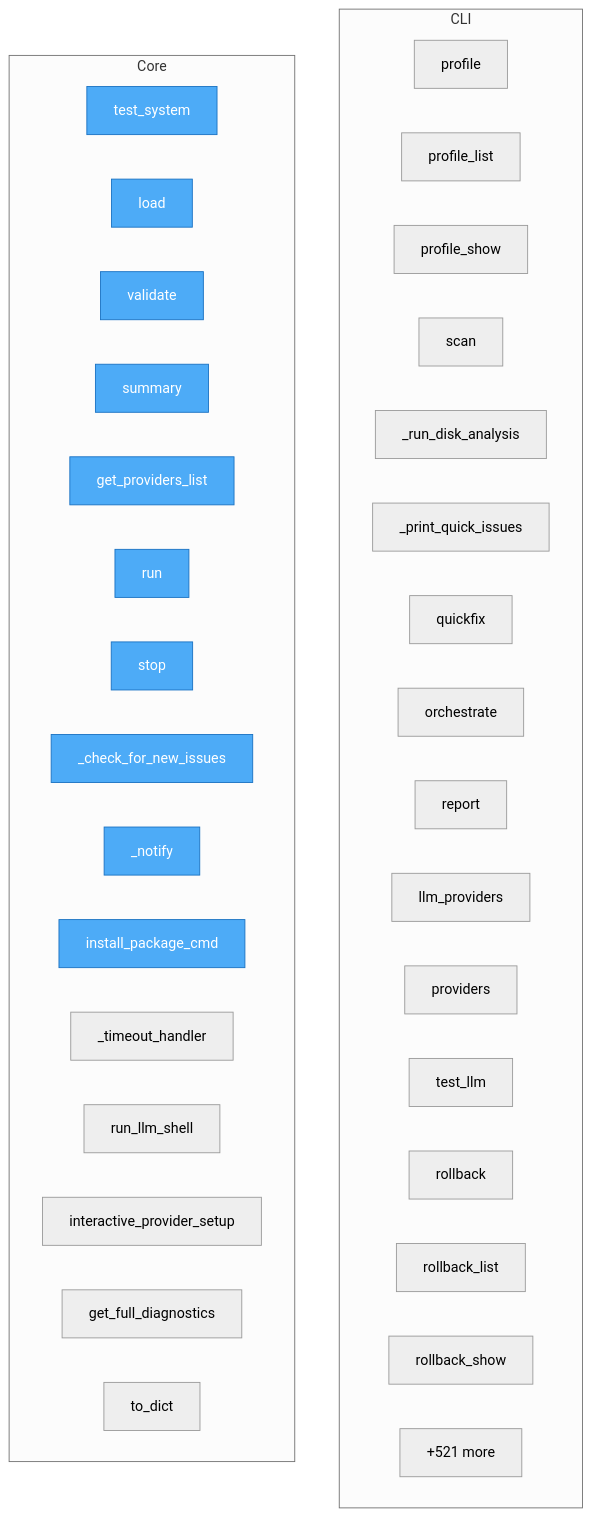
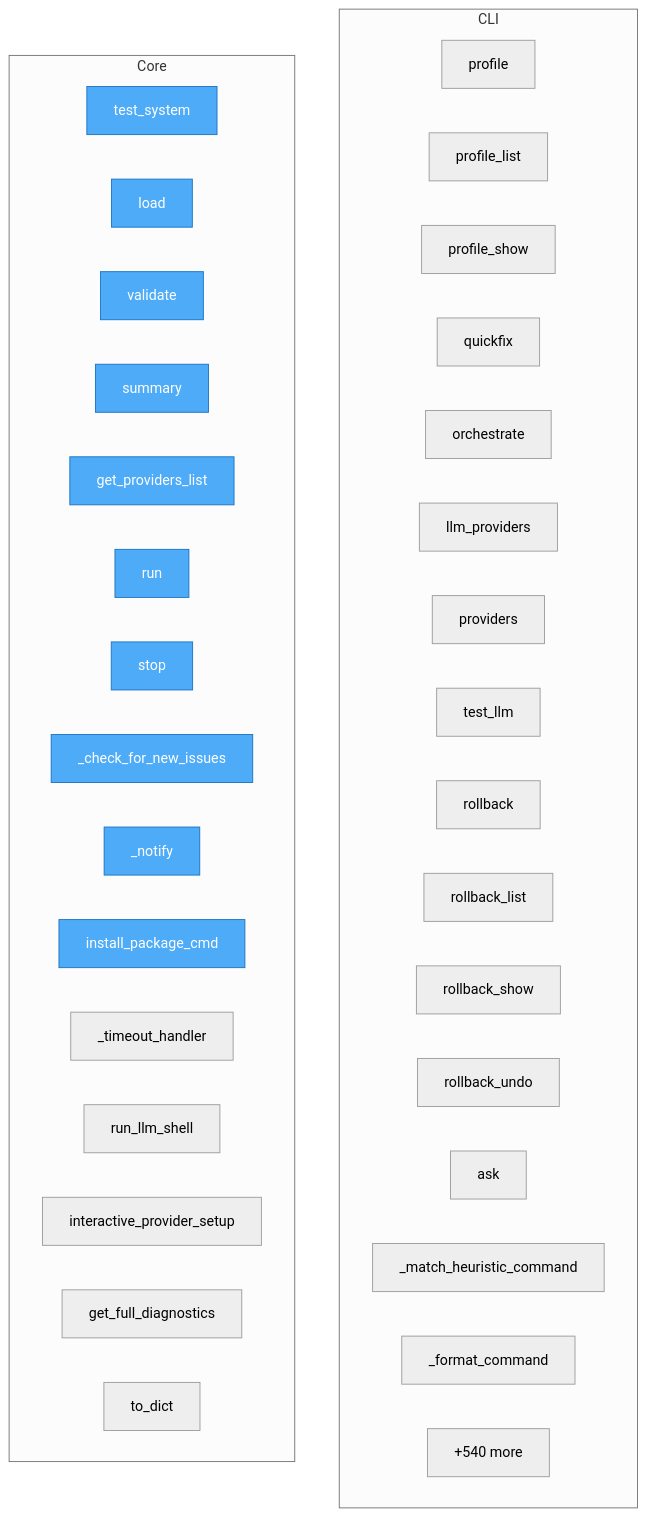
Before and after one commit to wronai/fixos: the diagram in project/flow.mmd, drawn with Mermaid (neutral theme). The commit also changed 53 other files, not shown here.

```diff
--- a/project/flow.mmd
+++ b/project/flow.mmd
@@ -1,44 +1,44 @@
 flowchart TD
 
     %% Entry points (blue)
     classDef entry fill:#4dabf7,stroke:#1971c2,color:#fff
 
     subgraph CLI
         fixos__cli__profile_cmd__profile["profile"]
         fixos__cli__profile_cmd__profile_list["profile_list"]
         fixos__cli__profile_cmd__profile_show["profile_show"]
-        fixos__cli__scan_cmd__scan["scan"]
-        fixos__cli__scan_cmd___run_disk_analysis["_run_disk_analysis"]
-        fixos__cli__scan_cmd___print_quick_issues["_print_quick_issues"]
         fixos__cli__quickfix_cmd__quickfix["quickfix"]
         fixos__cli__orchestrate_cmd__orchestrate["orchestrate"]
-        fixos__cli__report_cmd__report["report"]
         fixos__cli__provider_cmd__llm_providers["llm_providers"]
         fixos__cli__provider_cmd__providers["providers"]
         fixos__cli__provider_cmd__test_llm["test_llm"]
         fixos__cli__rollback_cmd__rollback["rollback"]
         fixos__cli__rollback_cmd__rollback_list["rollback_list"]
         fixos__cli__rollback_cmd__rollback_show["rollback_show"]
-        ...["+49 more"]
+        fixos__cli__rollback_cmd__rollback_undo["rollback_undo"]
+        fixos__cli__ask_cmd__ask["ask"]
+        fixos__cli__ask_cmd___match_heuristic_command["_match_heuristic_command"]
+        fixos__cli__ask_cmd___format_command["_format_command"]
+        ...["+66 more"]
     end
 
     subgraph Core
         docker__test_multi_system__test_system["test_system"]
         fixos__config__FixOsConfig__load["load"]
         fixos__config__FixOsConfig__validate["validate"]
         fixos__config__FixOsConfig__summary["summary"]
         fixos__config__get_providers_list["get_providers_list"]
         fixos__watch__WatchDaemon__run["run"]
         fixos__watch__WatchDaemon__stop["stop"]
         fixos__watch__WatchDaemon___check_for_new_issues["_check_for_new_issues"]
         fixos__watch__WatchDaemon___notify["_notify"]
         fixos__platform_utils__install_package_cmd["install_package_cmd"]
         fixos__llm_shell___timeout_handler["_timeout_handler"]
         fixos__llm_shell__run_llm_shell["run_llm_shell"]
         fixos__config_interactive__interactive_provider_setup["interactive_provider_setup"]
         fixos__diagnostics__system_checks__get_full_diagnostics["get_full_diagnostics"]
         fixos__diagnostics__flatpak_analyzer__FlatpakItemInfo__to_dict["to_dict"]
-        ...["+521 more"]
+        ...["+540 more"]
     end
 
     class docker__test_multi_system__test_system,fixos__config__FixOsConfig__load,fixos__config__FixOsConfig__validate,fixos__config__FixOsConfig__summary,fixos__config__get_providers_list,fixos__watch__WatchDaemon__run,fixos__watch__WatchDaemon__stop,fixos__watch__WatchDaemon___check_for_new_issues,fixos__watch__WatchDaemon___notify,fixos__platform_utils__install_package_cmd entry
```
